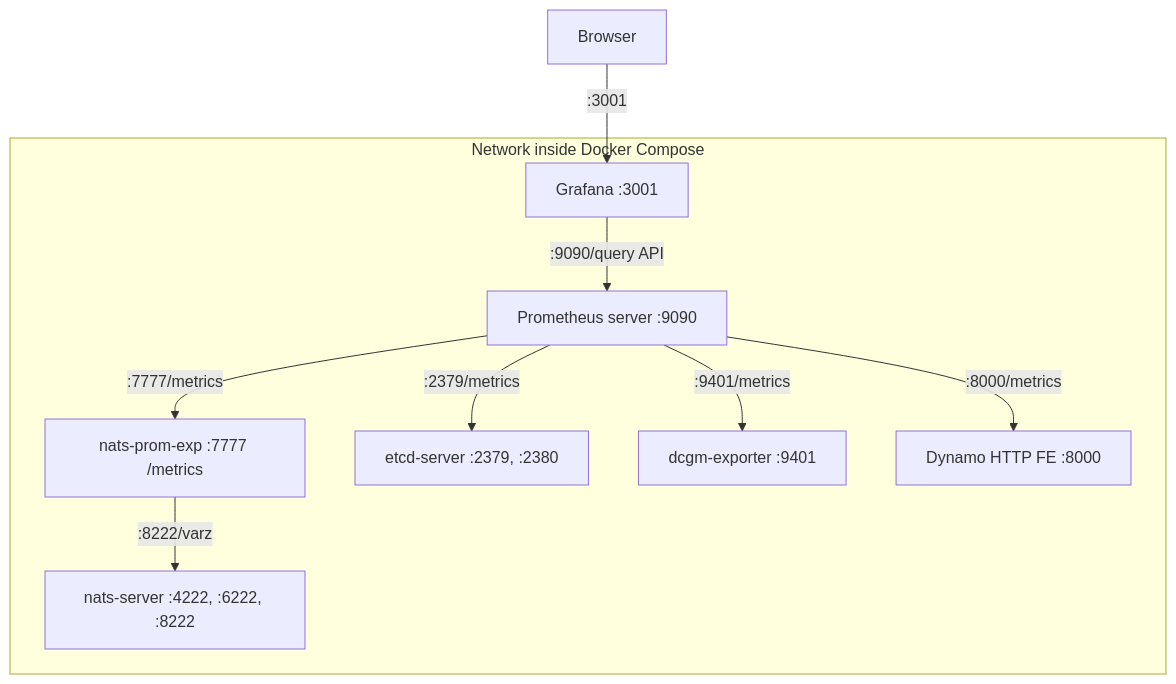
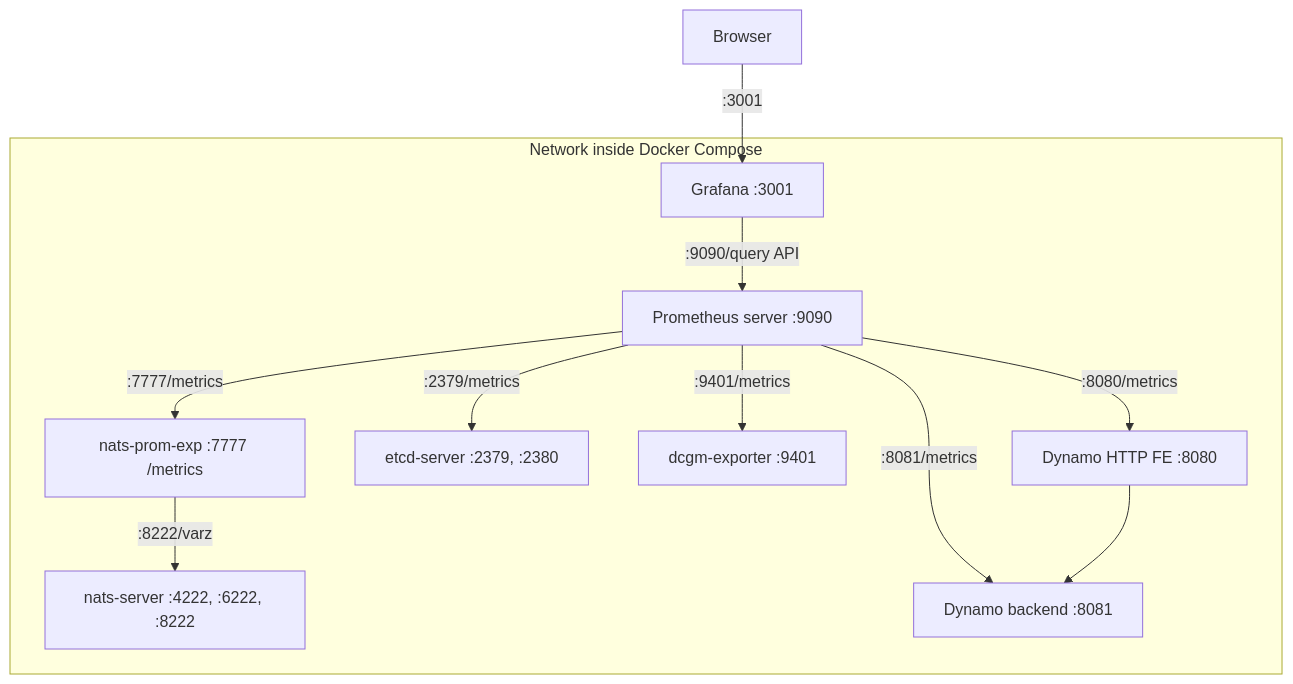
One commit to zbpatel/dynamo changed the diagram in deploy/metrics/README.md. Above: the diagram before and after it, drawn with Mermaid.

Commit message:
Update Mermaid graph to include Dynamo backend

````diff
--- a/deploy/metrics/README.md
+++ b/deploy/metrics/README.md
@@ -13,12 +13,14 @@
 ```mermaid
 graph TD
     BROWSER[Browser] -->|:3001| GRAFANA[Grafana :3001]
     subgraph DockerComposeNetwork [Network inside Docker Compose]
         NATS_PROM_EXP[nats-prom-exp :7777 /metrics] -->|:8222/varz| NATS_SERVER[nats-server :4222, :6222, :8222]
         PROMETHEUS[Prometheus server :9090] -->|:2379/metrics| ETCD_SERVER[etcd-server :2379, :2380]
         PROMETHEUS -->|:9401/metrics| DCGM_EXPORTER[dcgm-exporter :9401]
         PROMETHEUS -->|:7777/metrics| NATS_PROM_EXP
-        PROMETHEUS -->|:8000/metrics| DYNAMOFE[Dynamo HTTP FE :8000]
+        PROMETHEUS -->|:8080/metrics| DYNAMOFE[Dynamo HTTP FE :8080]
+        PROMETHEUS -->|:8081/metrics| DYNAMOBACKEND[Dynamo backend :8081]
+        DYNAMOFE --> DYNAMOBACKEND
         GRAFANA -->|:9090/query API| PROMETHEUS
     end
 ```
````
